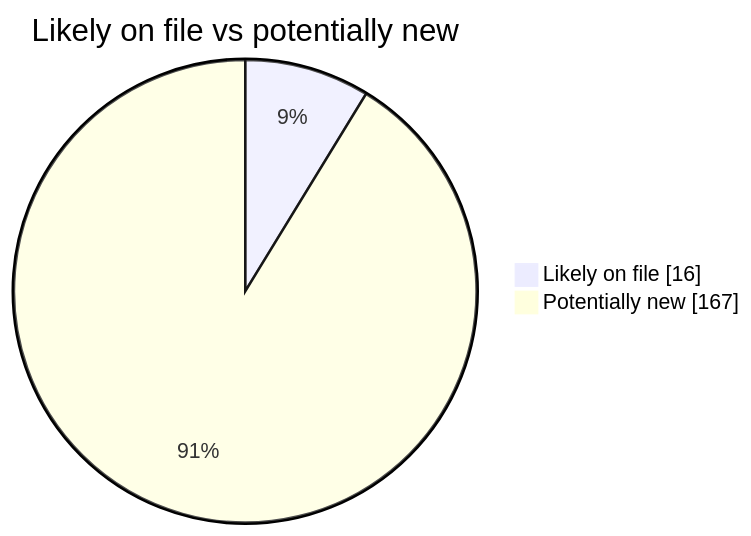
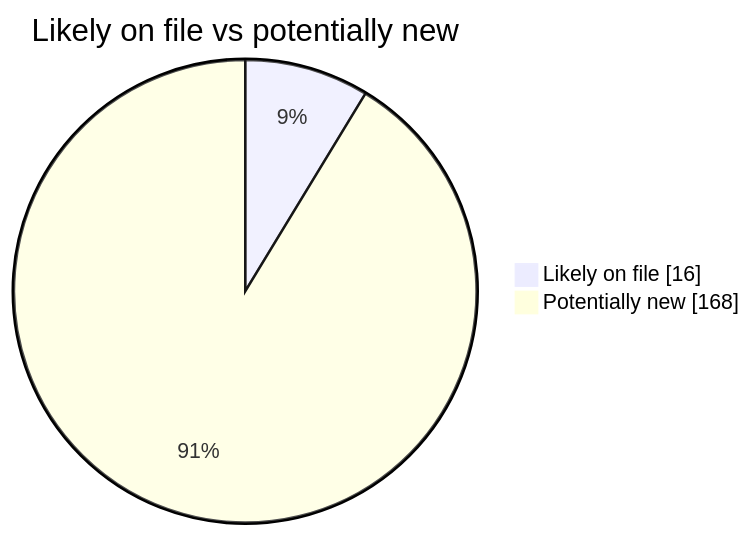
Before and after one commit to martinbalfanz/social-scanner-reports: the second of 4 diagrams in README.md, drawn with Mermaid. The commit also changed other lines of this file and 2 other files, not shown here.

````diff
--- a/README.md
+++ b/README.md
@@ -40,5 +40,5 @@
 ```mermaid
 pie showData title Likely on file vs potentially new
     "Likely on file" : 16
-    "Potentially new" : 167
+    "Potentially new" : 168
 ```
````
